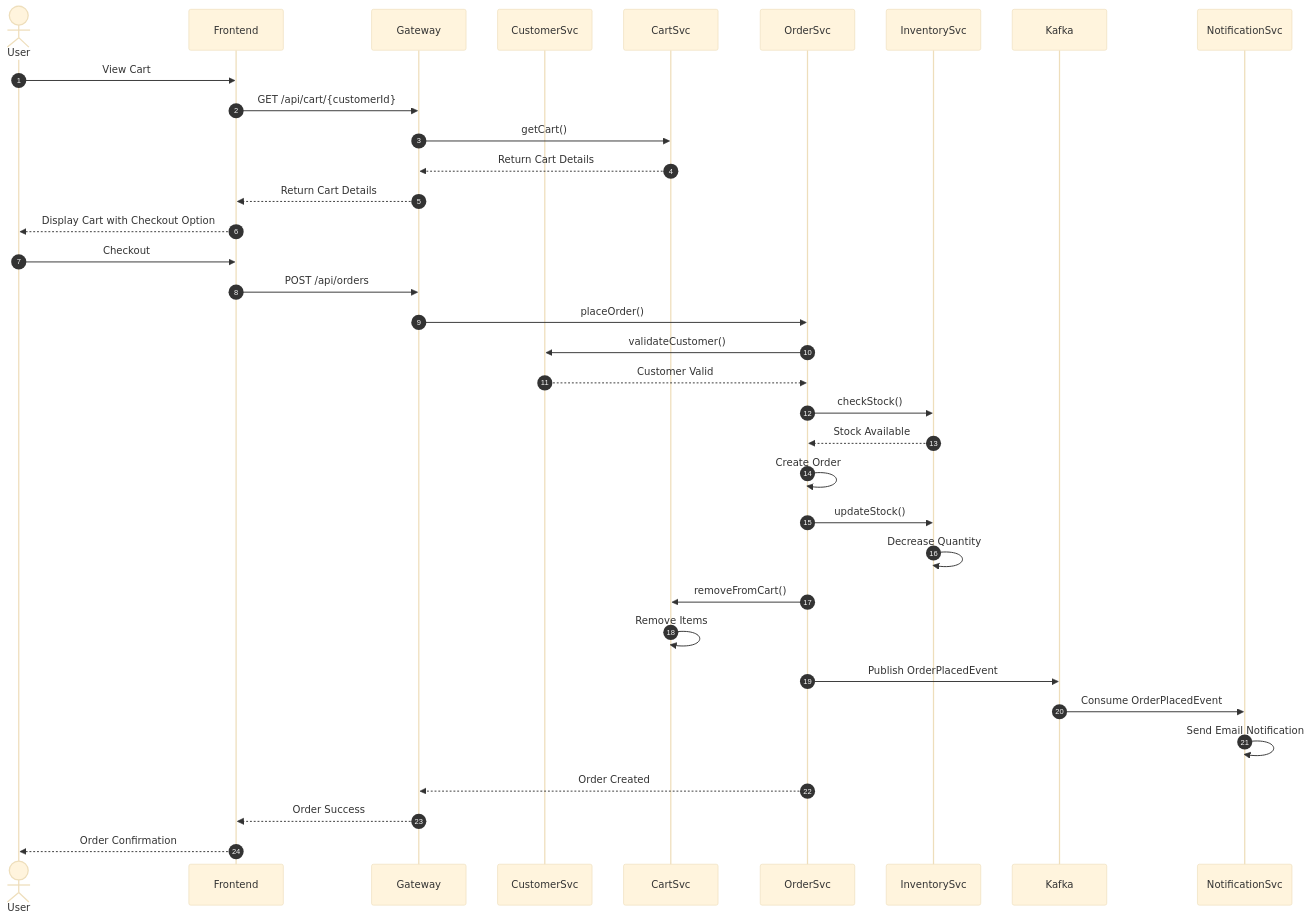
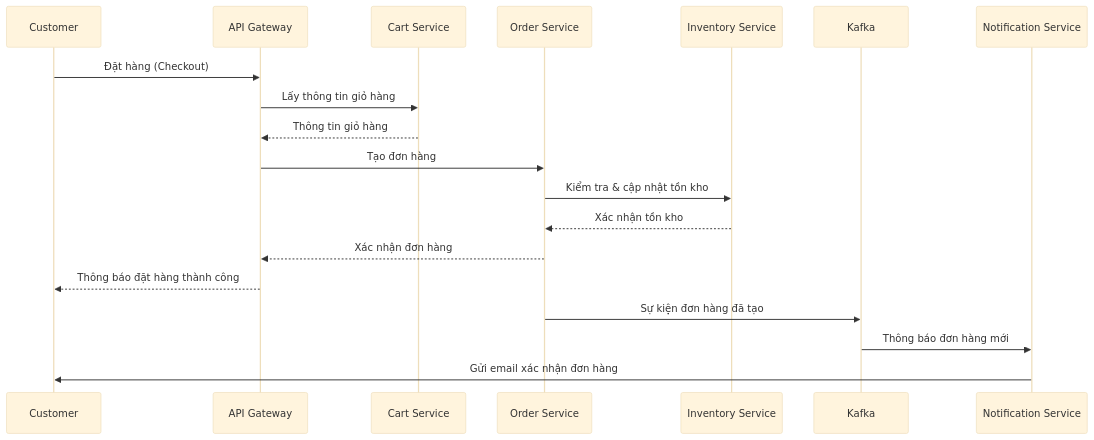
The second of 2 diagrams in test.md (CongHuaan/linhtinh), drawn with Mermaid (base theme) before and after one commit. The commit also changed other lines of this file, not shown here.

````diff
--- a/test.md
+++ b/test.md
@@ -119,60 +195,22 @@
 ```mermaid
 sequenceDiagram
-    autonumber
-
-    %% === Participants ===
-    actor User
-    participant Frontend
-    participant Gateway
-    participant CustomerSvc
-    participant CartSvc
-    participant OrderSvc
-    participant InventorySvc
+    participant Customer
+    participant Gateway as API Gateway
+    participant Cart as Cart Service
+    participant Order as Order Service
+    participant Inventory as Inventory Service
     participant Kafka
-    participant NotificationSvc
-
-    %% === View Cart ===
-    User ->> Frontend: View Cart
-    Frontend ->> Gateway: GET /api/cart/{customerId}
-    Gateway ->> CartSvc: getCart()
-    CartSvc -->> Gateway: Return Cart Details
-    Gateway -->> Frontend: Return Cart Details
-    Frontend -->> User: Display Cart with Checkout Option
-
-    %% === Checkout ===
-    User ->> Frontend: Checkout
-    Frontend ->> Gateway: POST /api/orders
-    Gateway ->> OrderSvc: placeOrder()
-
-    %% === Validate Customer ===
-    OrderSvc ->> CustomerSvc: validateCustomer()
-    CustomerSvc -->> OrderSvc: Customer Valid
-
-    %% === Check Inventory ===
-    OrderSvc ->> InventorySvc: checkStock()
-    InventorySvc -->> OrderSvc: Stock Available
-
-    %% === Create Order ===
-    OrderSvc ->> OrderSvc: Create Order
-
-    %% === Update Inventory ===
-    OrderSvc ->> InventorySvc: updateStock()
-    InventorySvc ->> InventorySvc: Decrease Quantity
-
-    %% === Remove Items from Cart ===
-    OrderSvc ->> CartSvc: removeFromCart()
-    CartSvc ->> CartSvc: Remove Items
-
-    %% === Publish Order Event ===
-    OrderSvc ->> Kafka: Publish OrderPlacedEvent
-
-    %% === Send Notification ===
-    Kafka ->> NotificationSvc: Consume OrderPlacedEvent
-    NotificationSvc ->> NotificationSvc: Send Email Notification
-
-    %% === Return Order Result ===
-    OrderSvc -->> Gateway: Order Created
-    Gateway -->> Frontend: Order Success
-    Frontend -->> User: Order Confirmation
-
+    participant Notification as Notification Service
+    
+    Customer->>Gateway: Đặt hàng (Checkout)
+    Gateway->>Cart: Lấy thông tin giỏ hàng
+    Cart-->>Gateway: Thông tin giỏ hàng
+    Gateway->>Order: Tạo đơn hàng
+    Order->>Inventory: Kiểm tra & cập nhật tồn kho
+    Inventory-->>Order: Xác nhận tồn kho
+    Order-->>Gateway: Xác nhận đơn hàng
+    Gateway-->>Customer: Thông báo đặt hàng thành công
+    Order->>Kafka: Sự kiện đơn hàng đã tạo
+    Kafka->>Notification: Thông báo đơn hàng mới
+    Notification->>Customer: Gửi email xác nhận đơn hàng
 ```
````
